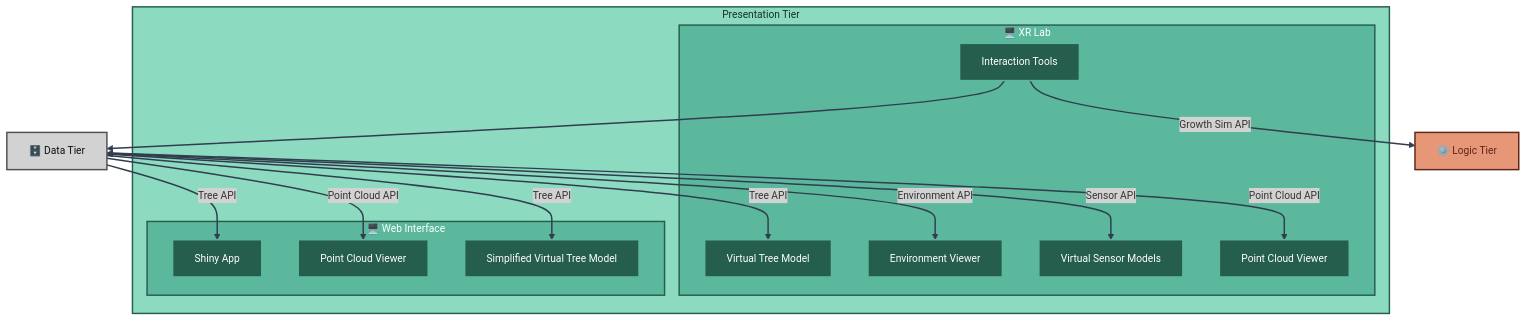
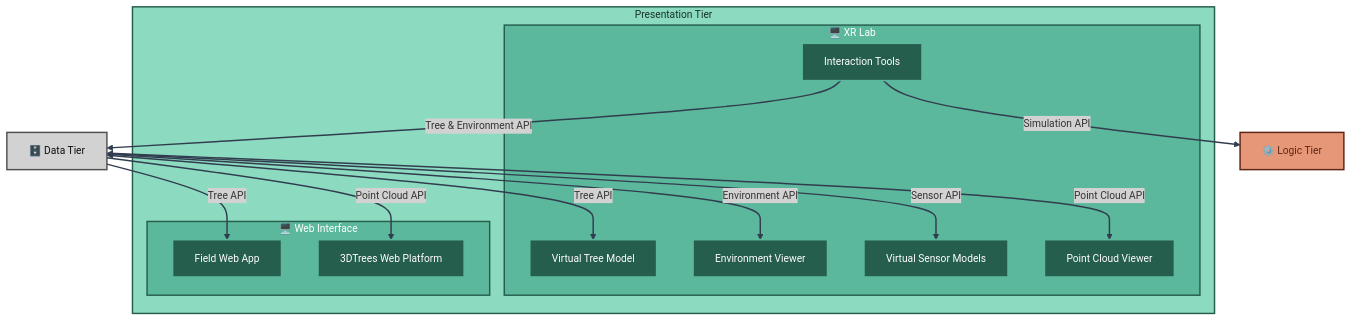
One commit to XRFutureForests/digital-twin-db changed the fourth of 4 diagrams in docs/architecture/architecture.md. Above: the diagram before and after it, drawn with Mermaid. The commit also changed other lines of this file, not shown here.

Commit message:
architecture description

````diff
--- a/docs/architecture/architecture.md
+++ b/docs/architecture/architecture.md
@@ -200,61 +238,57 @@
 ```mermaid
 %%{
 init: {
 'theme': 'base',
 'themeVariables': {
 'fontSize': '14px',
 'secondaryColor': '#d2d2d2'
 }
 }
 }%%
 flowchart TD
 
 DATA_REF["🗄️ Data Tier"]
+
 LOGIC_REF["⚙️ Logic Tier"]
 
 subgraph PRESENTATION_TIER["Presentation Tier"]
 
 subgraph XR["🖥️ XR Lab"]
 XR1[Virtual Tree Model]
 XR2[Environment Viewer]
 XR3[Virtual Sensor Models]
 XR4[Point Cloud Viewer]
 I1[Interaction Tools]
 end
 
 subgraph WEB["🖥️ Web Interface"]
-W1[Shiny App]
-W2[Point Cloud Viewer]
-W3[Simplified Virtual Tree Model]
+W1[Field Web App]
+W2[3DTrees Web Platform]
 end
-
 end
 
 DATA_REF -->|Tree API| W1
 DATA_REF -->|Point Cloud API| W2
-DATA_REF -->|Tree API| W3
 DATA_REF <-->|Tree API| XR1
 DATA_REF <-->|Environment API| XR2
 DATA_REF <-->|Sensor API| XR3
 DATA_REF <-->|Point Cloud API| XR4
-I1 --> DATA_REF
-I1 -->|Growth Sim API| LOGIC_REF
+I1 -->|Tree & Environment API| DATA_REF
+I1 -->|Simulation API| LOGIC_REF
 
 classDef presentationBack fill:#8cdbc0,stroke:#265e4d,stroke-width:2px,color:#183029
 classDef dataTier fill:#d2d2d2,stroke:#505050,stroke-width:2px,color:#0f0f0f
 classDef logicTier fill:#e59778,stroke:#612515,stroke-width:2px,color:#612515
 classDef presentationTier fill:#5cb89c,stroke:#265e4d,stroke-width:2px,color:#ffffff
 classDef dataNode fill:#505050,stroke:#0f0f0f,stroke-width:2px,color:#ffffff
 classDef logicNode fill:#612515,stroke:#ad5643,stroke-width:2px,color:#ffffff
 classDef presentationNode fill:#265e4d,stroke:#5cb89c,stroke-width:2px,color:#ffffff
 
 class PRESENTATION_TIER presentationBack
 class DATA_REF dataTier
-class SC1,SC2,SC3,SC4 dataNode
 class LOGIC_REF logicTier
-class DT1,DT2,MR logicNode
 class WEB,XR presentationTier
-class APIGW,XR1,XR2,XR3,XR4,W1,W2,W3,I1 presentationNode
+class XR1,XR2,XR3,XR4,W1,W2,W3,I1 presentationNode
 
-linkStyle 0,1,2,3,4,5,6,7,8 stroke:#313d4f,stroke-width:2px
+linkStyle 0,1,2,3,4,5,6,7 stroke:#313d4f,stroke-width:2px
 ```
````
